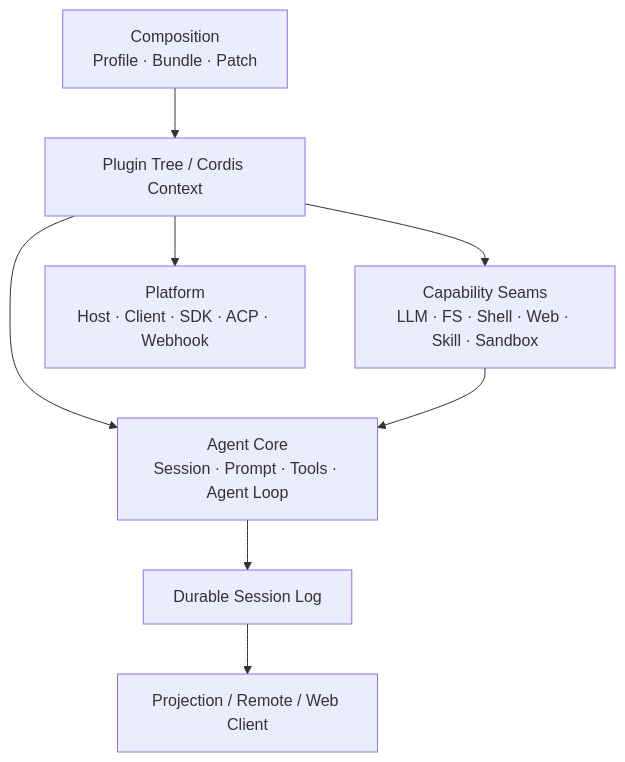
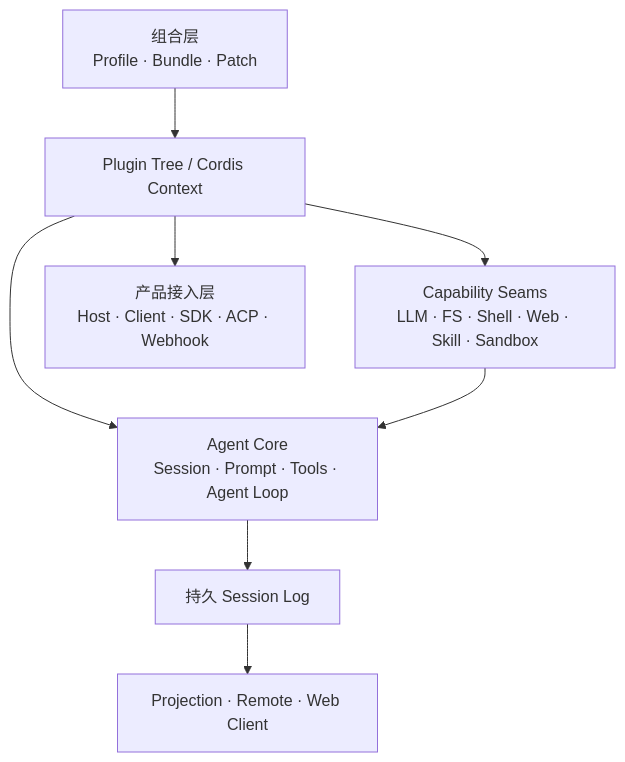
The diagram in src/react-app/content/whitepaper/v0.1.5-rc.1/00-overview.md (0326/dsh-plugin-market), drawn with Mermaid before and after one commit.

Commit message:
docs: localize whitepaper overview diagram labels

````diff
--- a/src/react-app/content/whitepaper/v0.1.5-rc.1/00-overview.md
+++ b/src/react-app/content/whitepaper/v0.1.5-rc.1/00-overview.md
@@ -29,10 +29,10 @@
 ```mermaid id=overview-platform
 flowchart TB
-  Composition[Composition\nProfile · Bundle · Patch] --> Tree[Plugin Tree / Cordis Context]
+  Composition[组合层\nProfile · Bundle · Patch] --> Tree[Plugin Tree / Cordis Context]
   Tree --> Core[Agent Core\nSession · Prompt · Tools · Agent Loop]
   Tree --> Capabilities[Capability Seams\nLLM · FS · Shell · Web · Skill · Sandbox]
-  Tree --> Platform[Platform\nHost · Client · SDK · ACP · Webhook]
-  Core --> Log[Durable Session Log]
+  Tree --> Platform[产品接入层\nHost · Client · SDK · ACP · Webhook]
+  Core --> Log[持久 Session Log]
   Capabilities --> Core
-  Log --> Client[Projection / Remote / Web Client]
+  Log --> Client[Projection · Remote · Web Client]
 ```
````
